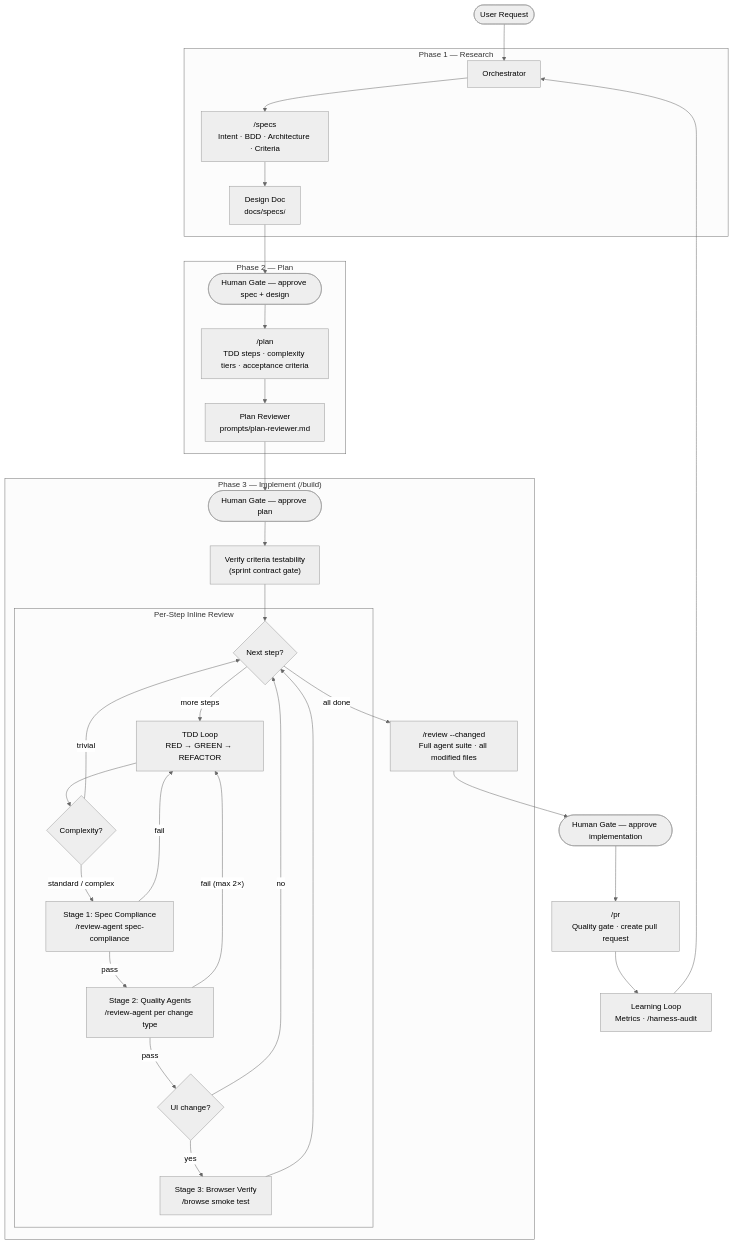
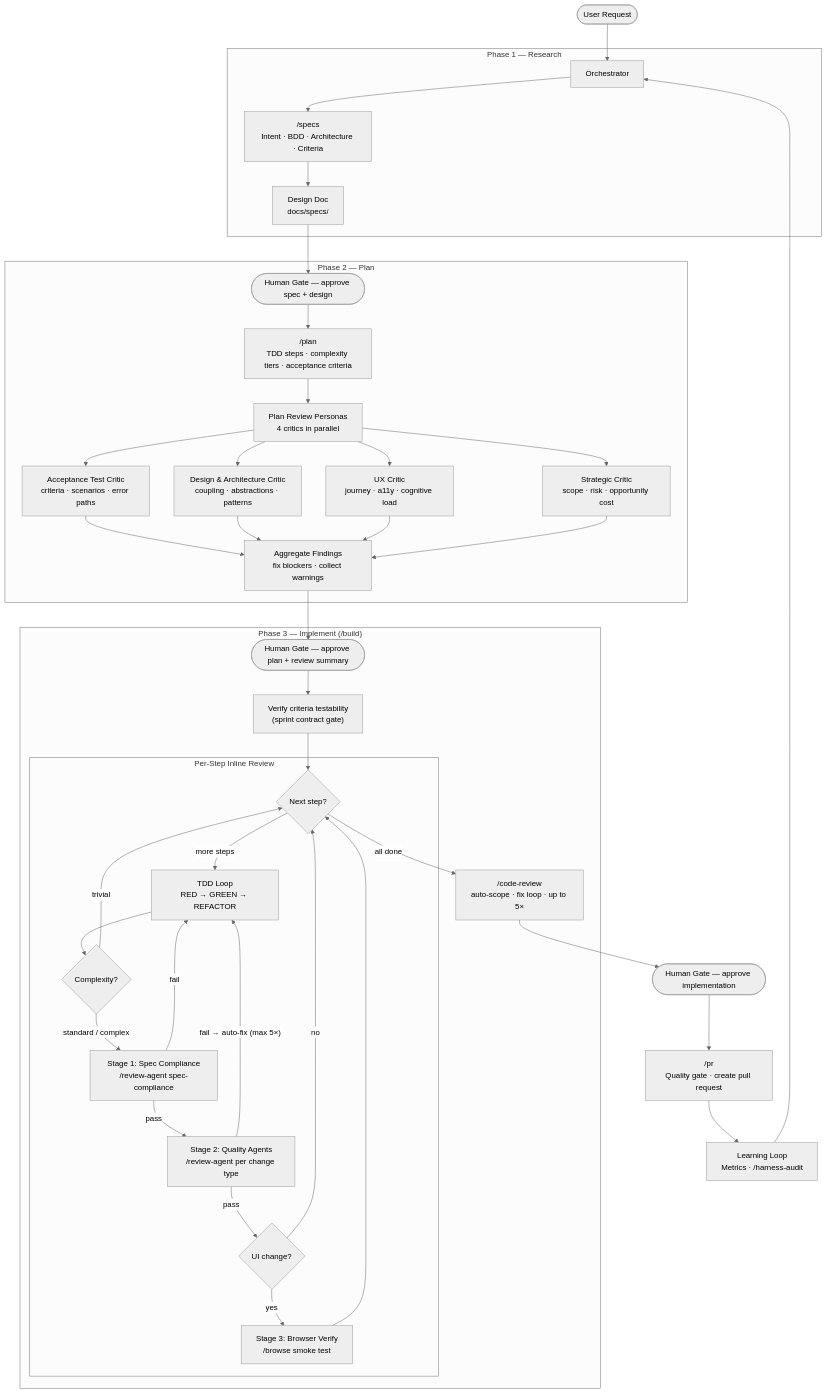
Before and after one commit to bdfinst/agentic-dev-team: the second of 2 diagrams in README.md, drawn with Mermaid (neutral theme). The commit also changed other lines of this file and 24 other files, not shown here.

First line of the commit message:
feat: add plan review personas, performance benchmarking, review-fix loop, and auto-scope

````diff
--- a/README.md
+++ b/README.md
@@ -60,44 +61,52 @@
 ```mermaid
 flowchart TD
     U([User Request]) --> O[Orchestrator]
 
     subgraph "Phase 1 — Research"
         O --> SP["/specs\nIntent · BDD · Architecture · Criteria"]
         SP --> DD["Design Doc\ndocs/specs/"]
     end
 
     DD --> HG1([Human Gate — approve spec + design])
 
     subgraph "Phase 2 — Plan"
         HG1 --> PL["/plan\nTDD steps · complexity tiers · acceptance criteria"]
-        PL --> PR["Plan Reviewer\nprompts/plan-reviewer.md"]
+        PL --> PRV["Plan Review Personas\n4 critics in parallel"]
+        PRV --> ATC["Acceptance Test Critic\ncriteria · scenarios · error paths"]
+        PRV --> DAC["Design & Architecture Critic\ncoupling · abstractions · patterns"]
+        PRV --> UXC["UX Critic\njourney · a11y · cognitive load"]
+        PRV --> STC["Strategic Critic\nscope · risk · opportunity cost"]
+        ATC --> AGG["Aggregate Findings\nfix blockers · collect warnings"]
+        DAC --> AGG
+        UXC --> AGG
+        STC --> AGG
     end
 
-    PR --> HG2([Human Gate — approve plan])
+    AGG --> HG2([Human Gate — approve plan + review summary])
 
     subgraph "Phase 3 — Implement (/build)"
         HG2 --> CV["Verify criteria testability\n(sprint contract gate)"]
         CV --> NEXT{"Next step?"}
         NEXT -->|more steps| IM["TDD Loop\nRED → GREEN → REFACTOR"]
 
         subgraph "Per-Step Inline Review"
             IM --> CX{"Complexity?"}
             CX -->|trivial| NEXT
             CX -->|standard / complex| SC["Stage 1: Spec Compliance\n/review-agent spec-compliance"]
             SC -->|fail| IM
             SC -->|pass| QR["Stage 2: Quality Agents\n/review-agent per change type"]
-            QR -->|"fail (max 2×)"| IM
+            QR -->|"fail → auto-fix (max 5×)"| IM
             QR -->|pass| BV{"UI change?"}
             BV -->|yes| BR["Stage 3: Browser Verify\n/browse smoke test"]
             BV -->|no| NEXT
             BR --> NEXT
         end
 
-        NEXT -->|all done| CR["/review --changed\nFull agent suite · all modified files"]
+        NEXT -->|all done| CR["/code-review\nauto-scope · fix loop · up to 5×"]
     end
 
     CR --> HG3([Human Gate — approve implementation])
     HG3 --> PRR["/pr\nQuality gate · create pull request"]
     PRR --> LL["Learning Loop\nMetrics · /harness-audit"]
     LL --> O
 ```
````
